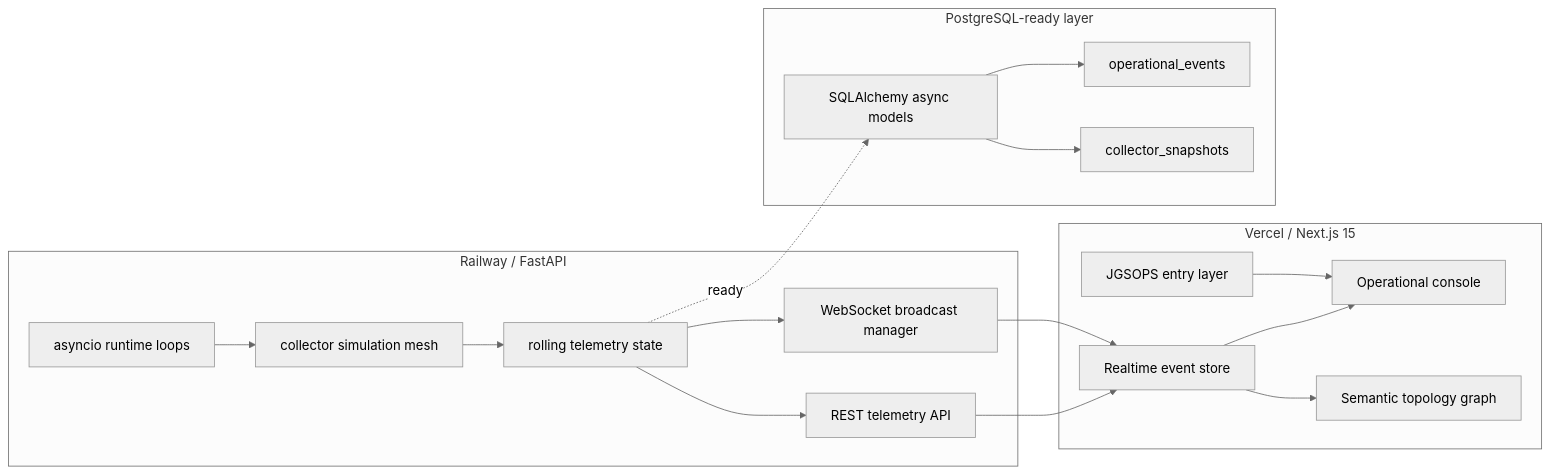
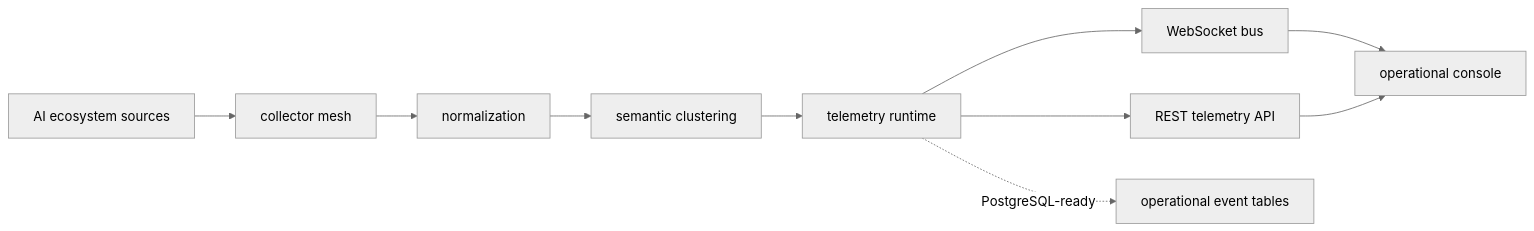
One commit to jgs/signalwatch changed the diagram in README.md. Above: the diagram before and after it, drawn with Mermaid (neutral theme). The commit also changed other lines of this file, not shown here.

````diff
--- a/README.md
+++ b/README.md
@@ -62,36 +128,12 @@
 ```mermaid
 flowchart LR
-    subgraph Console["Vercel / Next.js 15"]
-        Landing["JGSOPS entry layer"]
-        Surface["Operational console"]
-        Hook["Realtime event store"]
-        Topology["Semantic topology graph"]
-    end
-
-    subgraph Runtime["Railway / FastAPI"]
-        API["REST telemetry API"]
-        WS["WebSocket broadcast manager"]
-        Tasks["asyncio runtime loops"]
-        Sim["collector simulation mesh"]
-        State["rolling telemetry state"]
-    end
-
-    subgraph Storage["PostgreSQL-ready layer"]
-        ORM["SQLAlchemy async models"]
-        Events["operational_events"]
-        Collectors["collector_snapshots"]
-    end
-
-    Landing --> Surface
-    WS --> Hook
-    API --> Hook
-    Hook --> Surface
-    Hook --> Topology
-    Tasks --> Sim
-    Sim --> State
-    State --> API
-    State --> WS
-    State -. ready .-> ORM
-    ORM --> Events
-    ORM --> Collectors
+    Sources["AI ecosystem sources"] --> Collectors["collector mesh"]
+    Collectors --> Normalize["normalization"]
+    Normalize --> Clusters["semantic clustering"]
+    Clusters --> Runtime["telemetry runtime"]
+    Runtime --> WS["WebSocket bus"]
+    Runtime --> API["REST telemetry API"]
+    WS --> Console["operational console"]
+    API --> Console
+    Runtime -. PostgreSQL-ready .-> Storage["operational event tables"]
 ```
````
